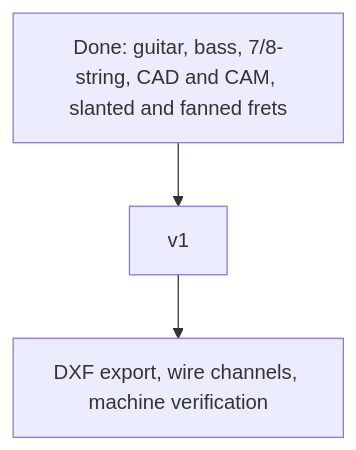
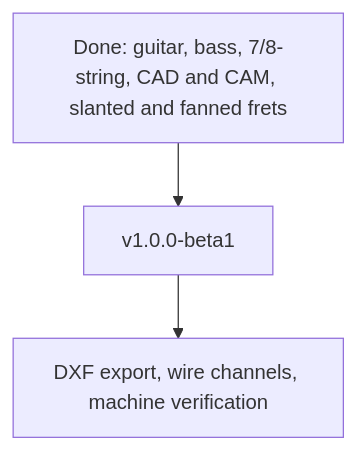
One commit to jolappi/CNCguitarwizard changed the diagram in ROADMAP.md. Above: the diagram before and after it, drawn with Mermaid. The commit also changed other lines of this file and 3 other files, not shown here.

````diff
--- a/ROADMAP.md
+++ b/ROADMAP.md
@@ -44,5 +46,5 @@
 ```mermaid
 flowchart TD
-    Done["Done: guitar, bass, 7/8-string, CAD and CAM, slanted and fanned frets"] --> V1["v1"]
+    Done["Done: guitar, bass, 7/8-string, CAD and CAM, slanted and fanned frets"] --> V1["v1.0.0-beta1"]
     V1 --> Later["DXF export, wire channels, machine verification"]
 ```
````
